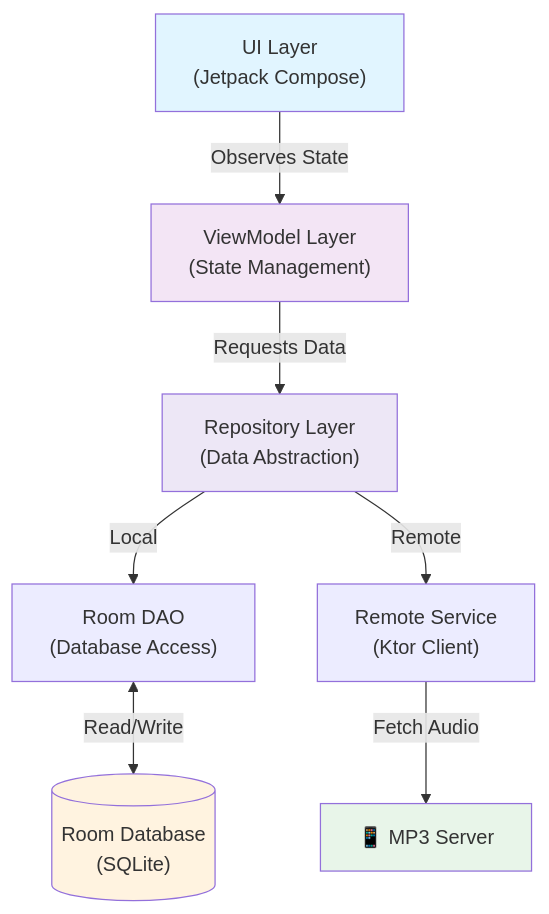
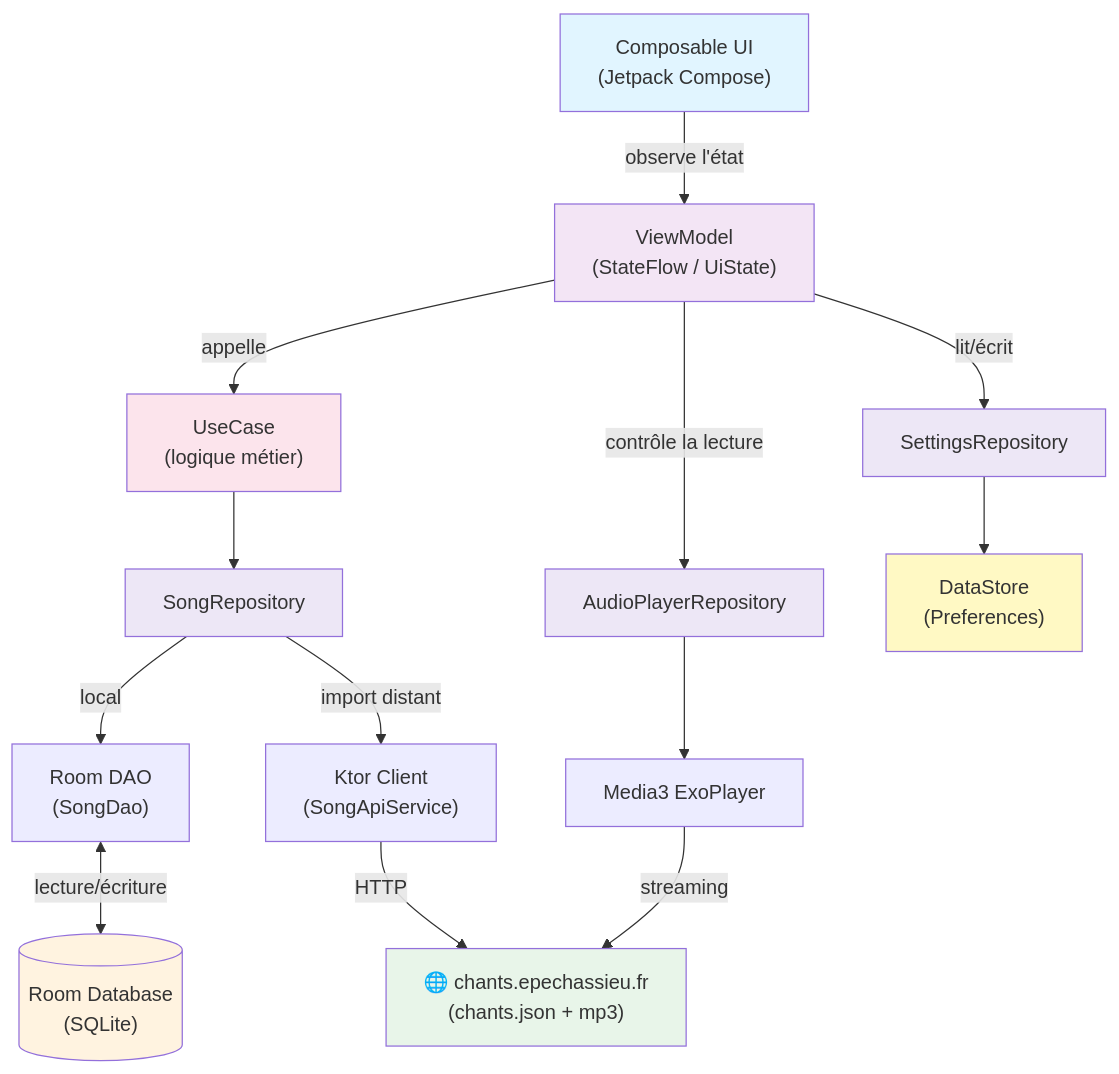
The diagram in docs/architecture/vue-ensemble.md (epechassieu/carnet-de-chant), drawn with Mermaid before and after one commit. The commit also changed other lines of this file and 2 other files, not shown here.

Commit message:
Ajoute des schemas Mermaid pour la navigation et l'architecture reelle
- docs/architecture/navigation.md : flux de navigation entre les 4 routes
  (SongListRoute, FilterRoute, ImportRoute, SongDetailRoute) avec le
  comportement du BackHandler et le popUpTo apres import reussi
- docs/architecture/vue-ensemble.md : diagramme "Stack technique" remplace
  par un schema fidele au code (SongRepository, AudioPlayerRepository,
  SettingsRepository, UseCase, DataStore) au lieu de noms generiques
- mkdocs.yml : ajoute la page Navigation au nav

Verifie avec `mkdocs build --strict` + rendu visuel des diagrammes.

````diff
--- a/docs/architecture/vue-ensemble.md
+++ b/docs/architecture/vue-ensemble.md
@@ -5,23 +5,38 @@
 ```mermaid
 graph TB;
-    UI["UI Layer<br/>(Jetpack Compose)"];
-    VM["ViewModel Layer<br/>(State Management)"];
-    REPO["Repository Layer<br/>(Data Abstraction)"];
-    DAO["Room DAO<br/>(Database Access)"];
-    REMOTE["Remote Service<br/>(Ktor Client)"];
+    UI["Composable UI<br/>(Jetpack Compose)"];
+    VM["ViewModel<br/>(StateFlow / UiState)"];
+    UC["UseCase<br/>(logique métier)"];
+    SR["SongRepository"];
+    AR["AudioPlayerRepository"];
+    SETR["SettingsRepository"];
+    DAO["Room DAO<br/>(SongDao)"];
+    REMOTE["Ktor Client<br/>(SongApiService)"];
+    PLAYER["Media3 ExoPlayer"];
+    DS["DataStore<br/>(Preferences)"];
     DB[("Room Database<br/>(SQLite)")];
-    API["📱 MP3 Server"];
-    
-    UI -->|Observes State| VM;
-    VM -->|Requests Data| REPO;
-    REPO -->|Local| DAO;
-    REPO -->|Remote| REMOTE;
-    DAO <-->|Read/Write| DB;
-    REMOTE -->|Fetch Audio| API;
-    
+    API["🌐 chants.epechassieu.fr<br/>(chants.json + mp3)"];
+
+    UI -->|observe l'état| VM;
+    VM -->|appelle| UC;
+    VM -->|contrôle la lecture| AR;
+    VM -->|lit/écrit| SETR;
+    UC --> SR;
+    SR -->|local| DAO;
+    SR -->|import distant| REMOTE;
+    AR --> PLAYER;
+    DAO <-->|lecture/écriture| DB;
+    REMOTE -->|HTTP| API;
+    PLAYER -->|streaming| API;
+    SETR --> DS;
+
     style UI fill:#e1f5ff;
     style VM fill:#f3e5f5;
-    style REPO fill:#ede7f6;
+    style UC fill:#fce4ec;
+    style SR fill:#ede7f6;
+    style AR fill:#ede7f6;
+    style SETR fill:#ede7f6;
     style DB fill:#fff3e0;
     style API fill:#e8f5e9;
+    style DS fill:#fff9c4;
 ```
````
